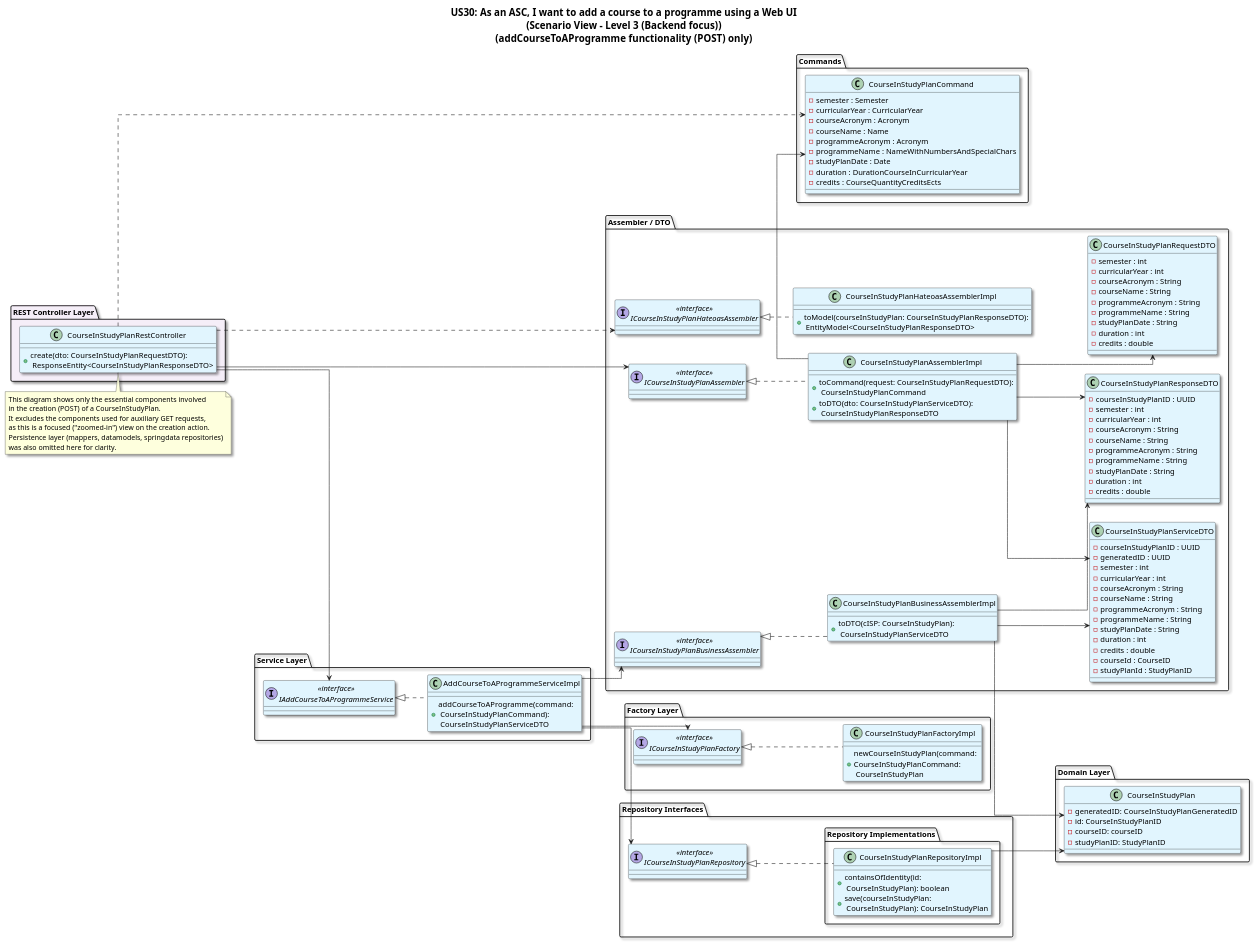
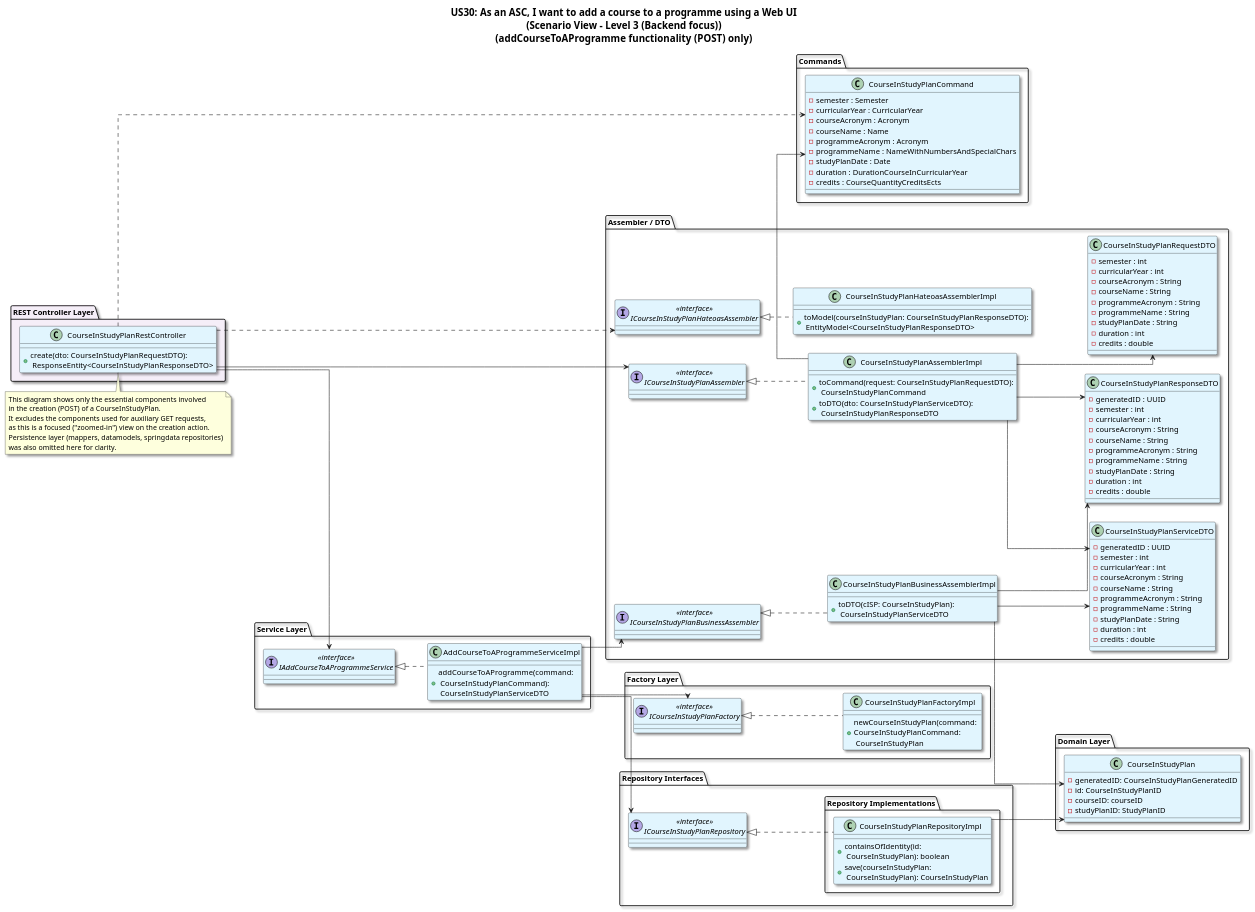
One commit to GasparISEP/DevOps-PAI changed the diagram in docs/US30/Sprint_7/ScenarioView/AddCourseToAProgramme_ScenarioView_Level3.puml. Above: the diagram before and after it, drawn with PlantUML. The commit also changed 1 other file, not shown here.

Commit message:
docs(addCourseToAProgramme): update process and scenario diagrams to reflect replacement of composite ID with UUID in CourseInStudyPlanResponseDTO and ServiceDTO (refs #701, #704, #705)

```diff
--- a/docs/US30/Sprint_7/ScenarioView/AddCourseToAProgramme_ScenarioView_Level3.puml
+++ b/docs/US30/Sprint_7/ScenarioView/AddCourseToAProgramme_ScenarioView_Level3.puml
@@ -1,181 +1,178 @@
 @startuml
 title: US30: As an ASC, I want to add a course to a programme using a Web UI\n(Scenario View - Level 3 (Backend focus))\n(addCourseToAProgramme functionality (POST) only)
 
 
 ' ========== SETTINGS ==========
 skinparam classBackgroundColor #E1F5FE
 skinparam titleFontSize 18
 skinparam linetype ortho
 skinparam LegendBackgroundColor white
 skinparam LegendBorderColor white
 skinparam classFontSize 14
 skinparam shadowing true
 skinparam rectangle {
   RoundCorner 20
 }
 skinparam classBorderColor Black
 left to right direction
 
 
 package "REST Controller Layer" #F5EEF8 {
   class CourseInStudyPlanRestController {
     +create(dto: CourseInStudyPlanRequestDTO):\n ResponseEntity<CourseInStudyPlanResponseDTO>
     }
 }
 
 note top
 This diagram shows only the essential components involved
 in the creation (POST) of a CourseInStudyPlan.
 It excludes the components used for auxiliary GET requests,
 as this is a focused ("zoomed-in") view on the creation action.
 Persistence layer (mappers, datamodels, springdata repositories)
 was also omitted here for clarity.
 end note
 
 package "Service Layer" {
   interface "<<interface>>\nIAddCourseToAProgrammeService" as IAddCourseToAProgrammeService
   class AddCourseToAProgrammeServiceImpl {
     +addCourseToAProgramme(command:\n CourseInStudyPlanCommand):\n CourseInStudyPlanServiceDTO
   }
 }
 
 package "Assembler / DTO" {
   interface "<<interface>>\nICourseInStudyPlanAssembler" as ICourseInStudyPlanAssembler
   class CourseInStudyPlanAssemblerImpl {
 +toCommand(request: CourseInStudyPlanRequestDTO):\n CourseInStudyPlanCommand
 +toDTO(dto: CourseInStudyPlanServiceDTO):\n CourseInStudyPlanResponseDTO
 }
   interface "<<interface>>\nICourseInStudyPlanBusinessAssembler" as ICourseInStudyPlanBusinessAssembler
     class CourseInStudyPlanBusinessAssemblerImpl {
   +toDTO(cISP: CourseInStudyPlan):\n CourseInStudyPlanServiceDTO
   }
   interface "<<interface>>\nICourseInStudyPlanHateoasAssembler" as ICourseInStudyPlanHateoasAssembler
   class CourseInStudyPlanHateoasAssemblerImpl {
   + toModel(courseInStudyPlan: CourseInStudyPlanResponseDTO):\n EntityModel<CourseInStudyPlanResponseDTO>
   }
 
 
   class CourseInStudyPlanRequestDTO {
     - semester : int
     - curricularYear : int
     - courseAcronym : String
     - courseName : String
     - programmeAcronym : String
     - programmeName : String
     - studyPlanDate : String
     - duration : int
     - credits : double
   }
 
 
   class CourseInStudyPlanResponseDTO {
-    - courseInStudyPlanID : UUID
+    - generatedID : UUID
     - semester : int
     - curricularYear : int
     - courseAcronym : String
     - courseName : String
     - programmeAcronym : String
     - programmeName : String
     - studyPlanDate : String
     - duration : int
     - credits : double
   }
 
   class CourseInStudyPlanServiceDTO {
-      - courseInStudyPlanID : UUID
       - generatedID : UUID
       - semester : int
       - curricularYear : int
       - courseAcronym : String
       - courseName : String
       - programmeAcronym : String
       - programmeName : String
       - studyPlanDate : String
       - duration : int
       - credits : double
-      - courseId : CourseID
-      - studyPlanId : StudyPlanID
   }
 }
 
 package "Commands" {
 class CourseInStudyPlanCommand {
     - semester : Semester
     - curricularYear : CurricularYear
     - courseAcronym : Acronym
     - courseName : Name
     - programmeAcronym : Acronym
     - programmeName : NameWithNumbersAndSpecialChars
     - studyPlanDate : Date
     - duration : DurationCourseInCurricularYear
     - credits : CourseQuantityCreditsEcts
 }
 }
 
 package "Domain Layer" {
   class CourseInStudyPlan {
     -generatedID: CourseInStudyPlanGeneratedID
     -id: CourseInStudyPlanID
     -courseID: courseID
     -studyPlanID: StudyPlanID
   }
 }
 
 package "Factory Layer" {
   interface "<<interface>>\nICourseInStudyPlanFactory" as ICourseInStudyPlanFactory
   class CourseInStudyPlanFactoryImpl {
     +newCourseInStudyPlan(command: \nCourseInStudyPlanCommand:\n CourseInStudyPlan
   }
 }
 
 
 package "Repository Interfaces" {
   interface "<<interface>>\nICourseInStudyPlanRepository" as ICourseInStudyPlanRepository
 
   package "Repository Implementations"{
   class CourseInStudyPlanRepositoryImpl {
     +containsOfIdentity(id:\n CourseInStudyPlan): boolean
     +save(courseInStudyPlan:\n CourseInStudyPlan): CourseInStudyPlan
   }
 }
 
 
 ' Relationships
 CourseInStudyPlanRestController --> IAddCourseToAProgrammeService
 IAddCourseToAProgrammeService <|.. AddCourseToAProgrammeServiceImpl
 
 CourseInStudyPlanRestController --> ICourseInStudyPlanAssembler
 ICourseInStudyPlanAssembler <|.. CourseInStudyPlanAssemblerImpl
 ICourseInStudyPlanBusinessAssembler <|.. CourseInStudyPlanBusinessAssemblerImpl
 
 AddCourseToAProgrammeServiceImpl --> ICourseInStudyPlanFactory
 ICourseInStudyPlanFactory <|.. CourseInStudyPlanFactoryImpl
 
 AddCourseToAProgrammeServiceImpl --> ICourseInStudyPlanBusinessAssembler
 
 AddCourseToAProgrammeServiceImpl --> ICourseInStudyPlanRepository
 ICourseInStudyPlanRepository <|.. CourseInStudyPlanRepositoryImpl
 
 
 
 
 CourseInStudyPlanRepositoryImpl --> CourseInStudyPlan
 
 
 
 
 
 ICourseInStudyPlanHateoasAssembler <|.. CourseInStudyPlanHateoasAssemblerImpl
 
 CourseInStudyPlanAssemblerImpl --> CourseInStudyPlanRequestDTO
 CourseInStudyPlanBusinessAssemblerImpl --> CourseInStudyPlanResponseDTO
 CourseInStudyPlanBusinessAssemblerImpl --> CourseInStudyPlan
 CourseInStudyPlanBusinessAssemblerImpl --> CourseInStudyPlanServiceDTO
 CourseInStudyPlanAssemblerImpl --> CourseInStudyPlanServiceDTO
 
 CourseInStudyPlanAssemblerImpl -> CourseInStudyPlanCommand
 CourseInStudyPlanAssemblerImpl -> CourseInStudyPlanResponseDTO
 CourseInStudyPlanRestController ..> CourseInStudyPlanCommand
 CourseInStudyPlanRestController ..> ICourseInStudyPlanHateoasAssembler
 
 @enduml
```
